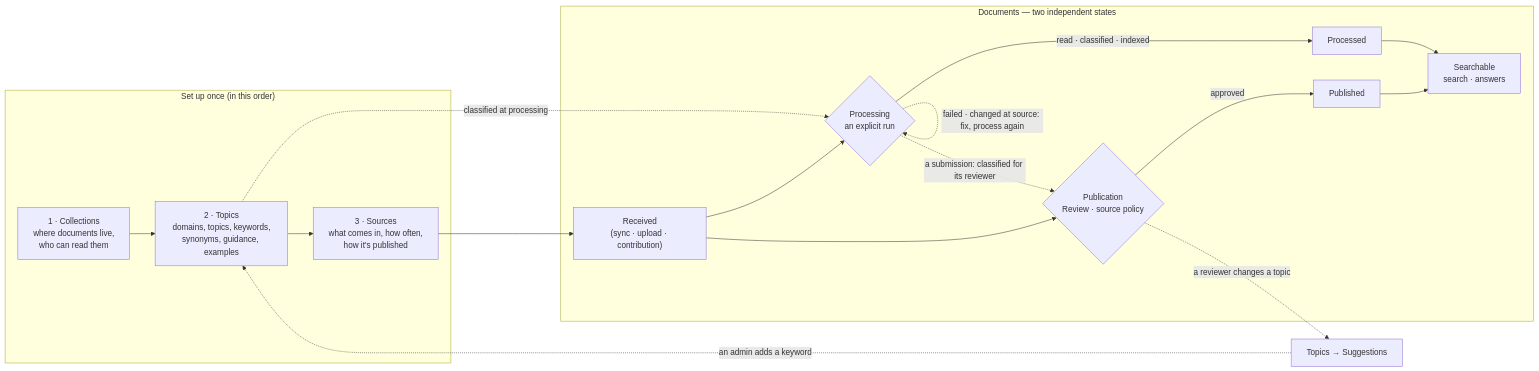
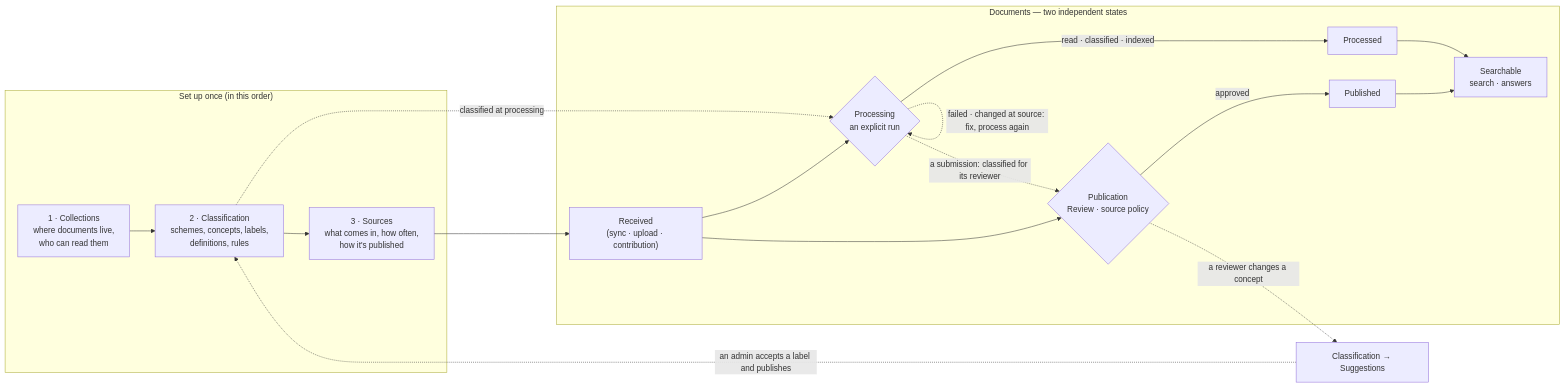
One commit to NguyenDuy1910/BoMesh changed the first of 2 diagrams in apps/ux_preview/docs/KNOWLEDGE_STUDIO.md. Above: the diagram before and after it, drawn with Mermaid. The commit also changed other lines of this file and 391 other files, not shown here.

````diff
--- a/apps/ux_preview/docs/KNOWLEDGE_STUDIO.md
+++ b/apps/ux_preview/docs/KNOWLEDGE_STUDIO.md
@@ -9,19 +9,19 @@
 ```mermaid
 flowchart LR
   subgraph Setup["Set up once (in this order)"]
-    KB["1 · Collections<br/>where documents live,<br/>who can read them"] --> MD["2 · Topics<br/>domains, topics, keywords,<br/>synonyms, guidance, examples"] --> SRC["3 · Sources<br/>what comes in, how often,<br/>how it's published"]
+    KB["1 · Collections<br/>where documents live,<br/>who can read them"] --> MD["2 · Classification<br/>schemes, concepts, labels,<br/>definitions, rules"] --> SRC["3 · Sources<br/>what comes in, how often,<br/>how it's published"]
   end
   subgraph Docs["Documents — two independent states"]
     IN["Received<br/>(sync · upload · contribution)"] --> PROC{"Processing<br/>an explicit run"}
     IN --> PUB{"Publication<br/>Review · source policy"}
     PROC -->|read · classified · indexed| P2["Processed"]
     PROC -.->|a submission: classified for its reviewer| PUB
     PUB -->|approved| P1["Published"]
     P1 --> LIVE["Searchable<br/>search · answers"]
     P2 --> LIVE
     PROC -.->|failed · changed at source: fix, process again| PROC
   end
   SRC --> IN
   MD -.->|classified at processing| PROC
-  PUB -.->|a reviewer changes a topic| COR["Topics → Suggestions"] -.->|an admin adds a keyword| MD
+  PUB -.->|a reviewer changes a concept| COR["Classification → Suggestions"] -.->|an admin accepts a label and publishes| MD
 ```
````
